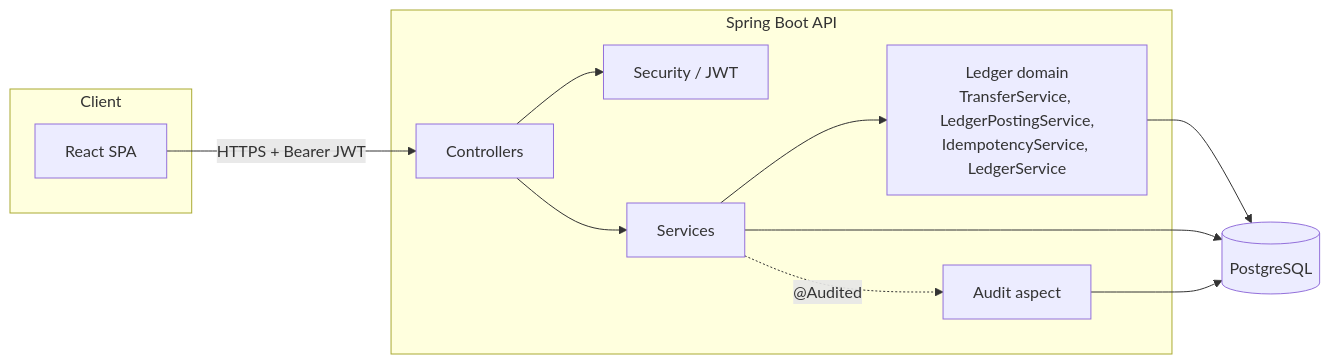
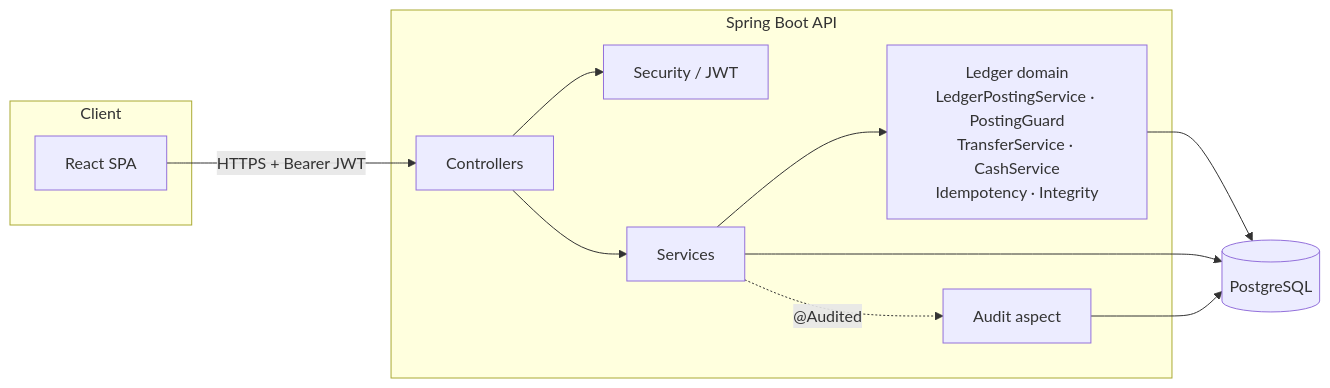
One commit to JeyaViknan/penny changed the first of 2 diagrams in README.md. Above: the diagram before and after it, drawn with Mermaid. The commit also changed other lines of this file and 36 other files, not shown here.

````diff
--- a/README.md
+++ b/README.md
@@ -55,25 +63,25 @@
 ```mermaid
 flowchart LR
     subgraph Client
         FE[React SPA]
     end
 
     subgraph API["Spring Boot API"]
         CTRL[Controllers]
         SEC[Security / JWT]
         SVC[Services]
-        LEDGER[Ledger domain<br/>TransferService, LedgerPostingService,<br/>IdempotencyService, LedgerService]
+        LEDGER[Ledger domain<br/>LedgerPostingService · PostingGuard<br/>TransferService · CashService<br/>Idempotency · Integrity]
         AUDIT[Audit aspect]
     end
 
     DB[(PostgreSQL)]
 
     FE -- "HTTPS + Bearer JWT" --> CTRL
     CTRL --> SEC
     CTRL --> SVC
     SVC --> LEDGER
     SVC -. "@Audited" .-> AUDIT
     LEDGER --> DB
     SVC --> DB
     AUDIT --> DB
 ```
````
